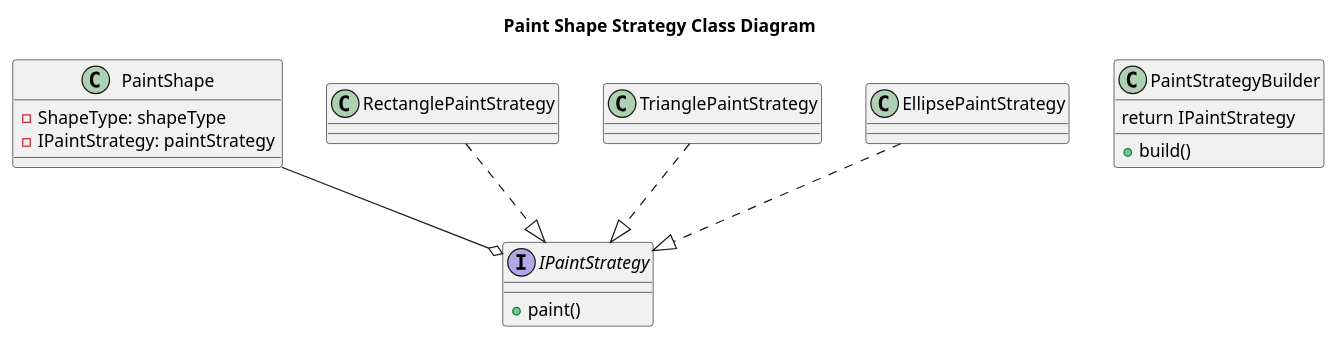
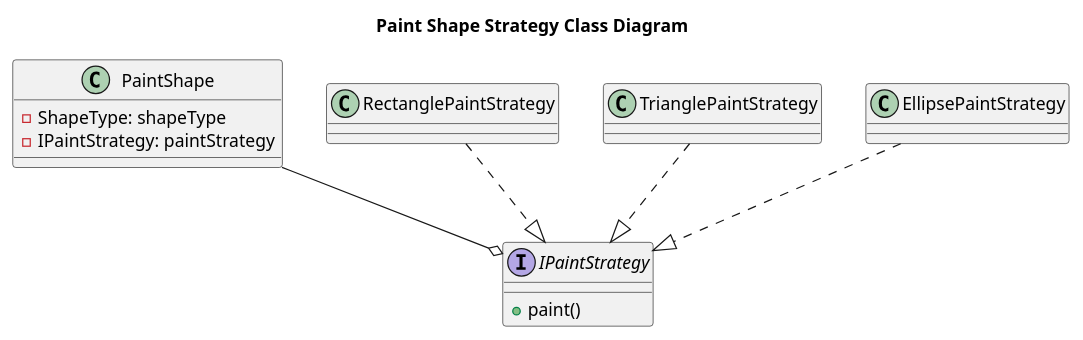
Before and after one commit to johnsmillie-portfolio/SE450-JPaint: the diagram in documentation/paint shape strategy class diagram.plantuml, drawn with PlantUML. The commit also changed 10 other files, not shown here.

Commit message:
Refactoring for paint shape strategy Stage 1

```diff
--- a/documentation/paint shape strategy class diagram.plantuml
+++ b/documentation/paint shape strategy class diagram.plantuml
@@ -1,31 +1,28 @@
 @startuml paint shape strategy class diagram 
 title Paint Shape Strategy Class Diagram 
 
 class PaintShape {
     - ShapeType: shapeType
     - IPaintStrategy: paintStrategy
 }
 
 interface IPaintStrategy {
     + paint()
 }
-class PaintStrategyBuilder {
-    +build() 
-    return IPaintStrategy
-}
+
 
 class RectanglePaintStrategy {
 }
 
 class TrianglePaintStrategy {
 }
  
 class EllipsePaintStrategy {
 }
 
 RectanglePaintStrategy ..|> IPaintStrategy
 TrianglePaintStrategy ..|> IPaintStrategy
 EllipsePaintStrategy ..|> IPaintStrategy
 PaintShape --o IPaintStrategy
 
 @enduml
```
